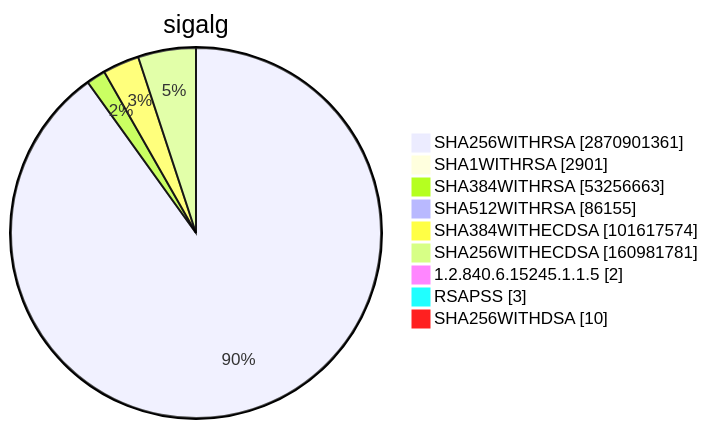
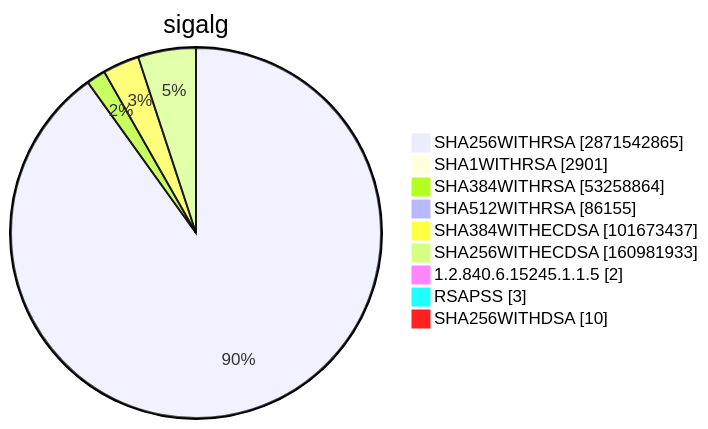
Before and after one commit to christiankrug/ctmonitor_visualization: diagram 15 of 15 in TOTAL/README.md, drawn with Mermaid. The commit also changed other lines of this file, not shown here.

````diff
--- a/TOTAL/README.md
+++ b/TOTAL/README.md
@@ -6207,13 +6207,13 @@
 ```mermaid
 pie showData
 title sigalg
-"SHA256WITHRSA" :2870901361
+"SHA256WITHRSA" :2871542865
 "SHA1WITHRSA" :2901
-"SHA384WITHRSA" :53256663
+"SHA384WITHRSA" :53258864
 "SHA512WITHRSA" :86155
-"SHA384WITHECDSA" :101617574
-"SHA256WITHECDSA" :160981781
+"SHA384WITHECDSA" :101673437
+"SHA256WITHECDSA" :160981933
 "1.2.840.6.15245.1.1.5" :2
 "RSAPSS" :3
 "SHA256WITHDSA" :10
 ```
````
